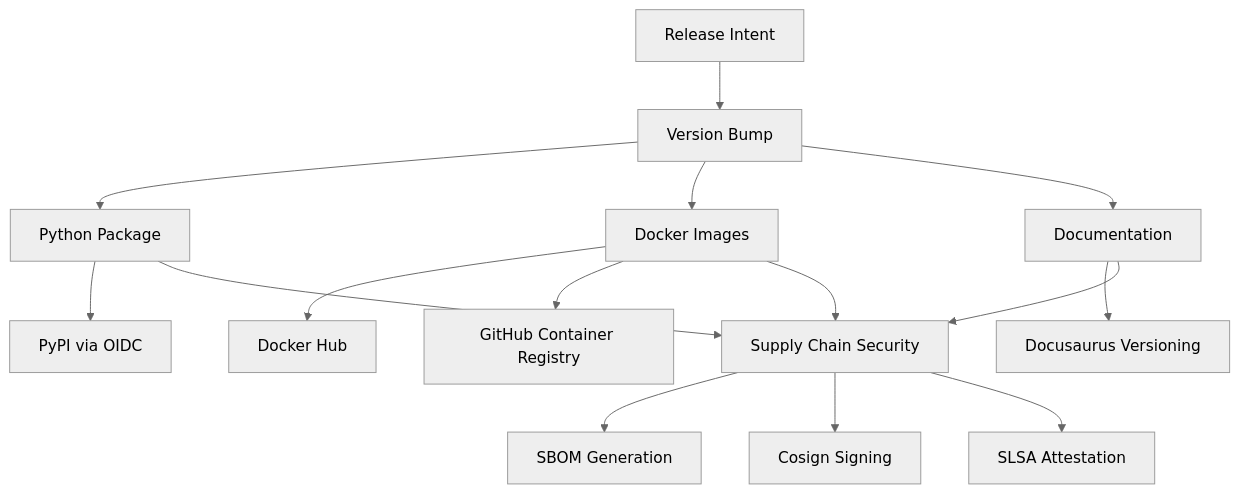
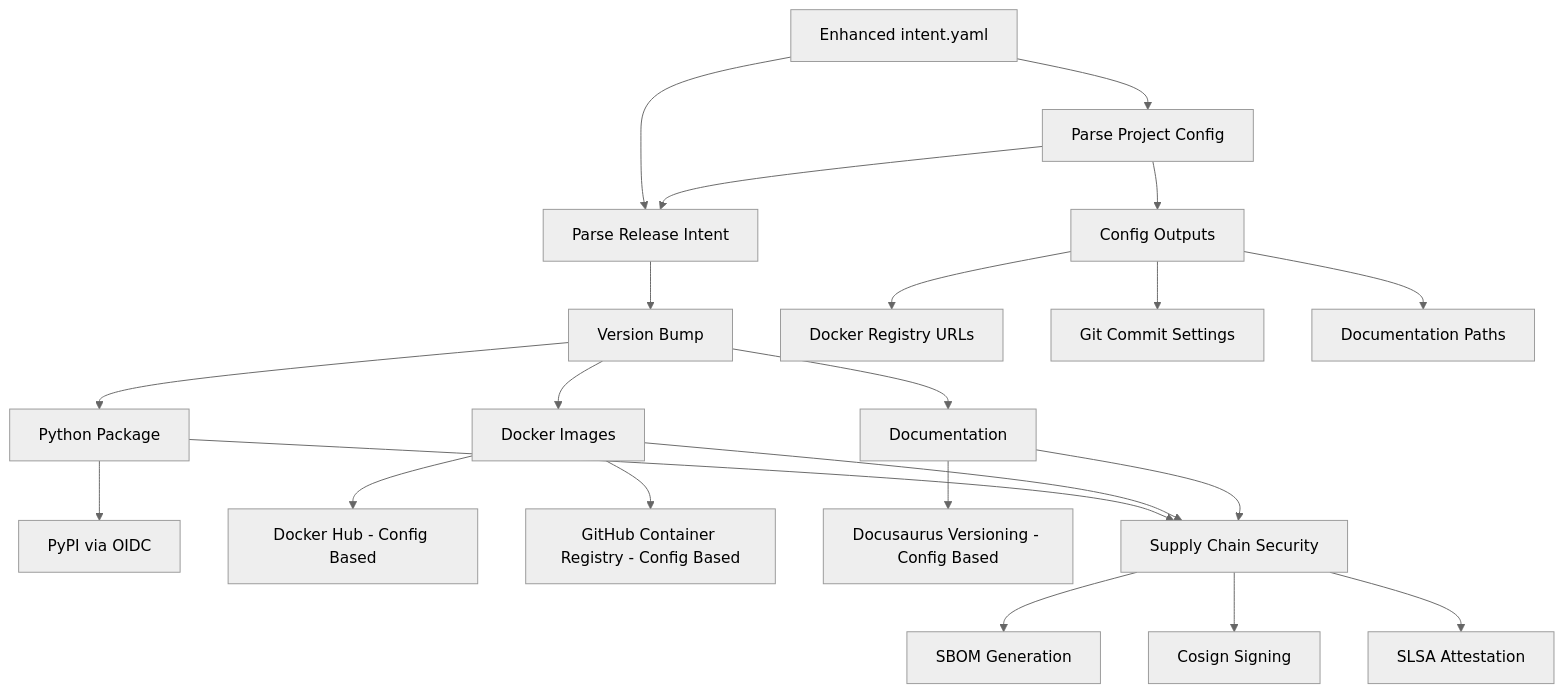
One commit to Chisanan232/Template-Python-UV-Project changed the first of 6 diagrams in docs_with_docusarus/contents/development/ci-cd/release-system.mdx. Above: the diagram before and after it, drawn with Mermaid (neutral theme). The commit also changed other lines of this file, not shown here.

Commit message:
✏️ Update the release system document for the new design and new changes.

````diff
--- a/docs_with_docusarus/contents/development/ci-cd/release-system.mdx
+++ b/docs_with_docusarus/contents/development/ci-cd/release-system.mdx
@@ -43,17 +43,26 @@
 ```mermaid
 graph TD
-    A[Release Intent] --> B[Version Bump]
-    B --> C[Python Package]
-    B --> D[Docker Images]
-    B --> E[Documentation]
+    A[Enhanced intent.yaml] --> B[Parse Project Config]
+    A --> C[Parse Release Intent]
+    B --> C
     
-    C --> F[PyPI via OIDC]
-    D --> G[Docker Hub]
-    D --> H[GitHub Container Registry]
-    E --> I[Docusaurus Versioning]
+    C --> D[Version Bump]
+    B --> E[Config Outputs]
+    E --> F[Docker Registry URLs]
+    E --> G[Git Commit Settings]  
+    E --> H[Documentation Paths]
     
-    C & D & E --> J[Supply Chain Security]
-    J --> K[SBOM Generation]
-    J --> L[Cosign Signing]
-    J --> M[SLSA Attestation]
+    D --> I[Python Package]
+    D --> J[Docker Images]
+    D --> K[Documentation]
+    
+    I --> L[PyPI via OIDC]
+    J --> M[Docker Hub - Config Based]
+    J --> N[GitHub Container Registry - Config Based]
+    K --> O[Docusaurus Versioning - Config Based]
+    
+    I & J & K --> P[Supply Chain Security]
+    P --> Q[SBOM Generation]
+    P --> R[Cosign Signing]  
+    P --> S[SLSA Attestation]
 ```
````
